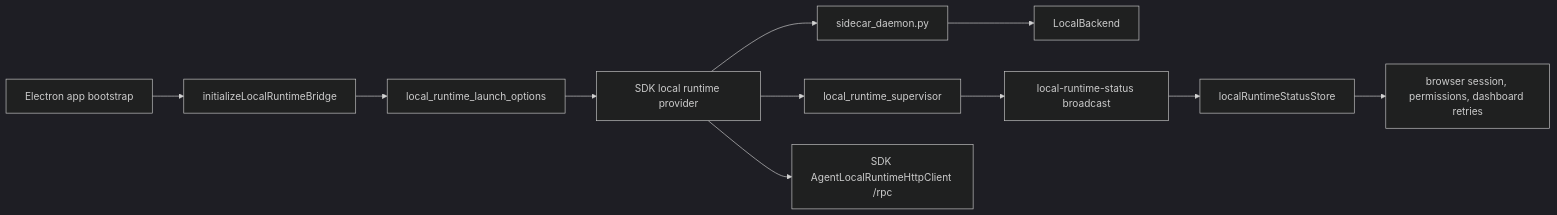
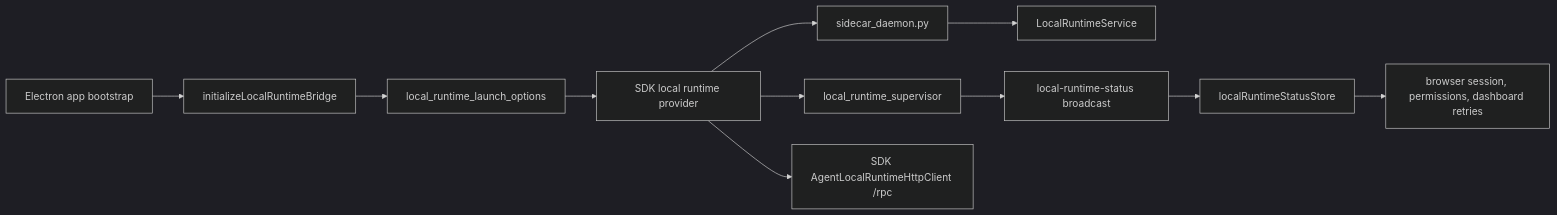
Before and after one commit to buiilding/My_Own_OpenClaw: the diagram in docs/frontend/main/local_backend/process_lifecycle_change_workflow.md, drawn with Mermaid (dark theme). The commit also changed other lines of this file and 28 other files, not shown here.

First line of the commit message:
refactor(sidecar): rename local runtime service symbols

````diff
--- a/docs/frontend/main/local_backend/process_lifecycle_change_workflow.md
+++ b/docs/frontend/main/local_backend/process_lifecycle_change_workflow.md
@@ -18,13 +18,13 @@
 ```mermaid
 flowchart LR
   AppBootstrap["Electron app bootstrap"] --> BridgeInit["initializeLocalRuntimeBridge"]
   BridgeInit --> LaunchOptions["local_runtime_launch_options"]
   LaunchOptions --> SDKProvider["SDK local runtime provider"]
   SDKProvider --> Daemon["sidecar_daemon.py"]
-  Daemon --> LocalBackend["LocalBackend"]
+  Daemon --> LocalRuntimeService["LocalRuntimeService"]
   SDKProvider --> Supervisor["local_runtime_supervisor"]
   Supervisor --> Status["local-runtime-status broadcast"]
   Status --> RendererStore["localRuntimeStatusStore"]
   RendererStore --> Consumers["browser session, permissions, dashboard retries"]
   SDKProvider --> Rpc["SDK AgentLocalRuntimeHttpClient /rpc"]
 ```
````
